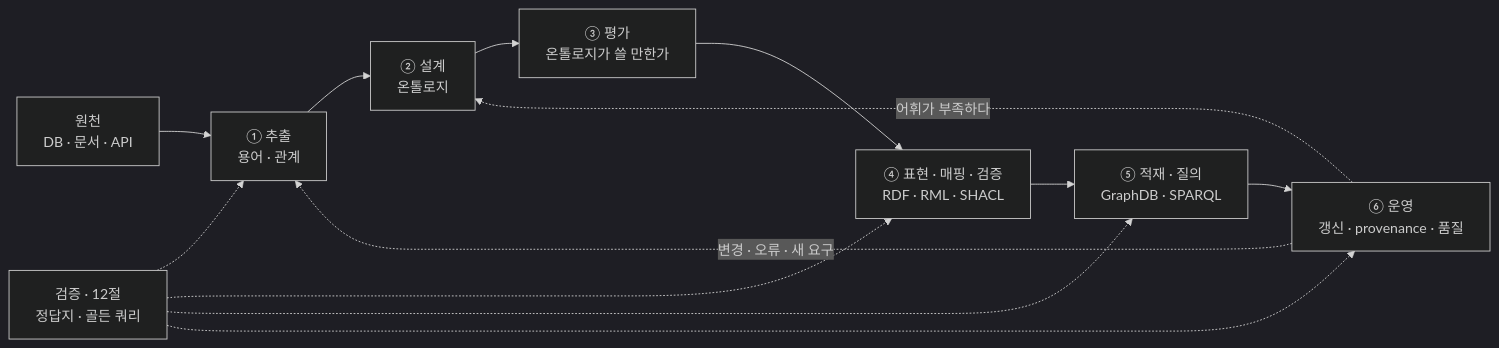
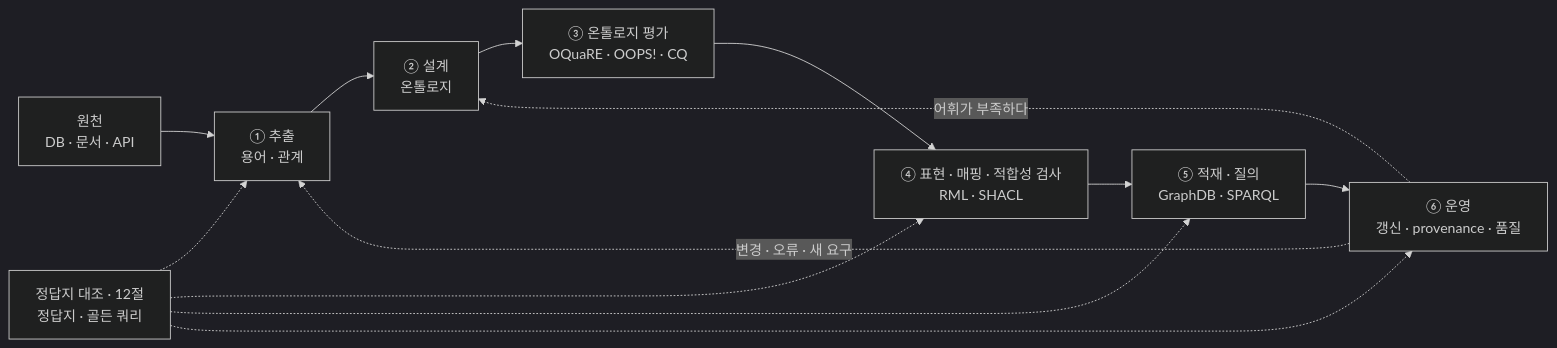
Before and after one commit to Junseop-Shin/Work: the first of 4 diagrams in Study/강의/온톨로지-지식그래프/00-전체-파이프라인.md, drawn with Mermaid (dark theme). The commit also changed other lines of this file, not shown here.

````diff
--- a/Study/강의/온톨로지-지식그래프/00-전체-파이프라인.md
+++ b/Study/강의/온톨로지-지식그래프/00-전체-파이프라인.md
@@ -88,16 +88,16 @@
 ```mermaid
 graph LR
   S["원천<br/>DB · 문서 · API"] --> E["① 추출<br/>용어 · 관계"]
   E --> D["② 설계<br/>온톨로지"]
-  D --> V["③ 평가<br/>온톨로지가 쓸 만한가"]
-  V --> M["④ 표현 · 매핑 · 검증<br/>RDF · RML · SHACL"]
+  D --> V["③ 온톨로지 평가<br/>OQuaRE · OOPS! · CQ"]
+  V --> M["④ 표현 · 매핑 · 적합성 검사<br/>RML · SHACL"]
   M --> L["⑤ 적재 · 질의<br/>GraphDB · SPARQL"]
   L --> O["⑥ 운영<br/>갱신 · provenance · 품질"]
   O -.->|변경 · 오류 · 새 요구| E
   O -.->|어휘가 부족하다| D
-  CHK["검증 · 12절<br/>정답지 · 골든 쿼리"]
+  CHK["정답지 대조 · 12절<br/>정답지 · 골든 쿼리"]
   CHK -.-> E
   CHK -.-> M
   CHK -.-> L
   CHK -.-> O
 ```
````
